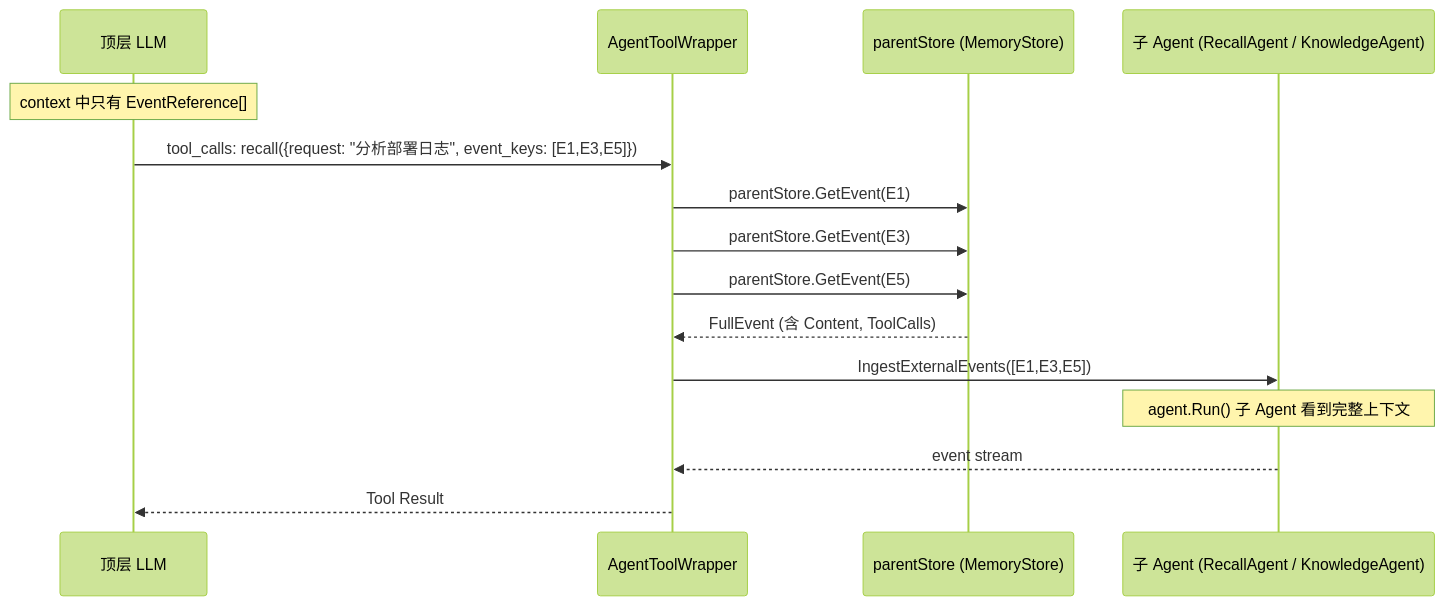
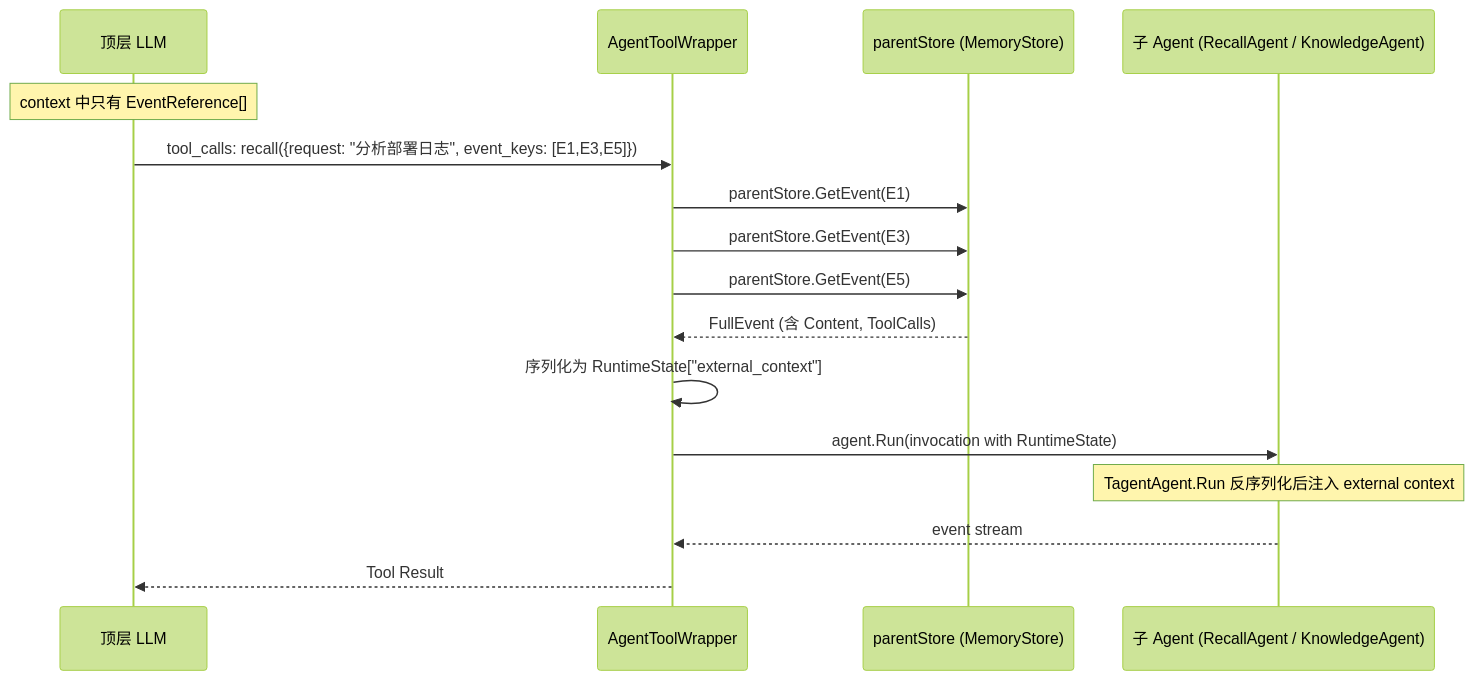
One commit to SpellingDragon/tagent changed the third of 5 diagrams in docs/wiki/memory/memory-architecture.md. Above: the diagram before and after it, drawn with Mermaid (forest theme). The commit also changed other lines of this file and 320 other files, not shown here.

````diff
--- a/docs/wiki/memory/memory-architecture.md
+++ b/docs/wiki/memory/memory-architecture.md
@@ -578,18 +594,19 @@
 ```mermaid
 sequenceDiagram
     participant LLM as 顶层 LLM
     participant ATW as AgentToolWrapper
     participant MS as parentStore (MemoryStore)
     participant SA as 子 Agent (RecallAgent / KnowledgeAgent)
 
     Note over LLM: context 中只有 EventReference[]
     LLM->>ATW: tool_calls: recall({request: "分析部署日志", event_keys: [E1,E3,E5]})
     ATW->>MS: parentStore.GetEvent(E1)
     ATW->>MS: parentStore.GetEvent(E3)
     ATW->>MS: parentStore.GetEvent(E5)
     MS-->>ATW: FullEvent (含 Content, ToolCalls)
-    ATW->>SA: IngestExternalEvents([E1,E3,E5])
-    Note over SA: agent.Run() 子 Agent 看到完整上下文
+    ATW->>ATW: 序列化为 RuntimeState["external_context"]
+    ATW->>SA: agent.Run(invocation with RuntimeState)
+    Note over SA: TagentAgent.Run 反序列化后注入 external context
     SA-->>ATW: event stream
     ATW-->>LLM: Tool Result
 ```
````
